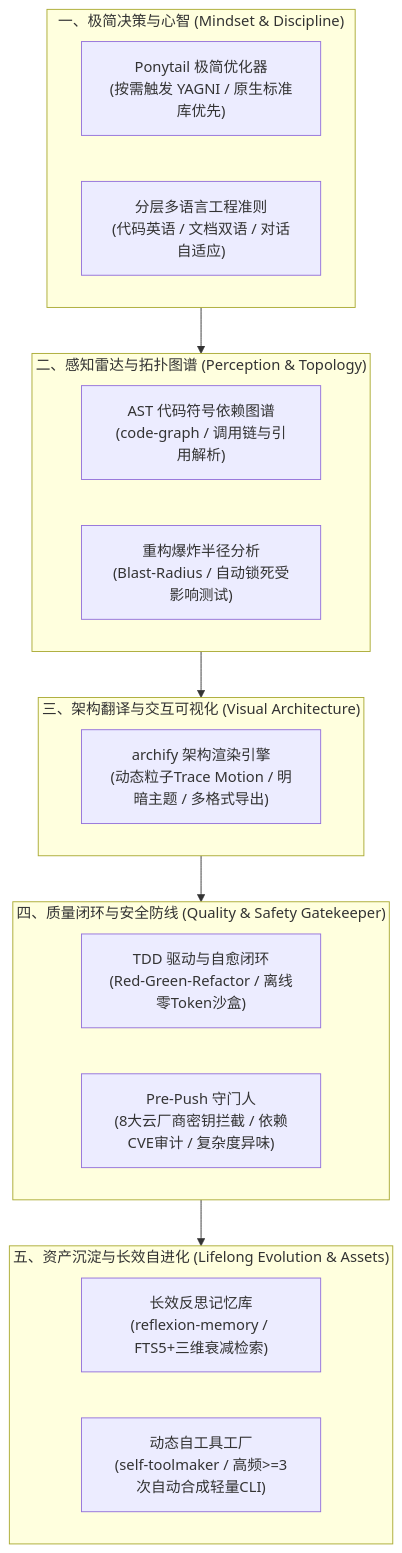
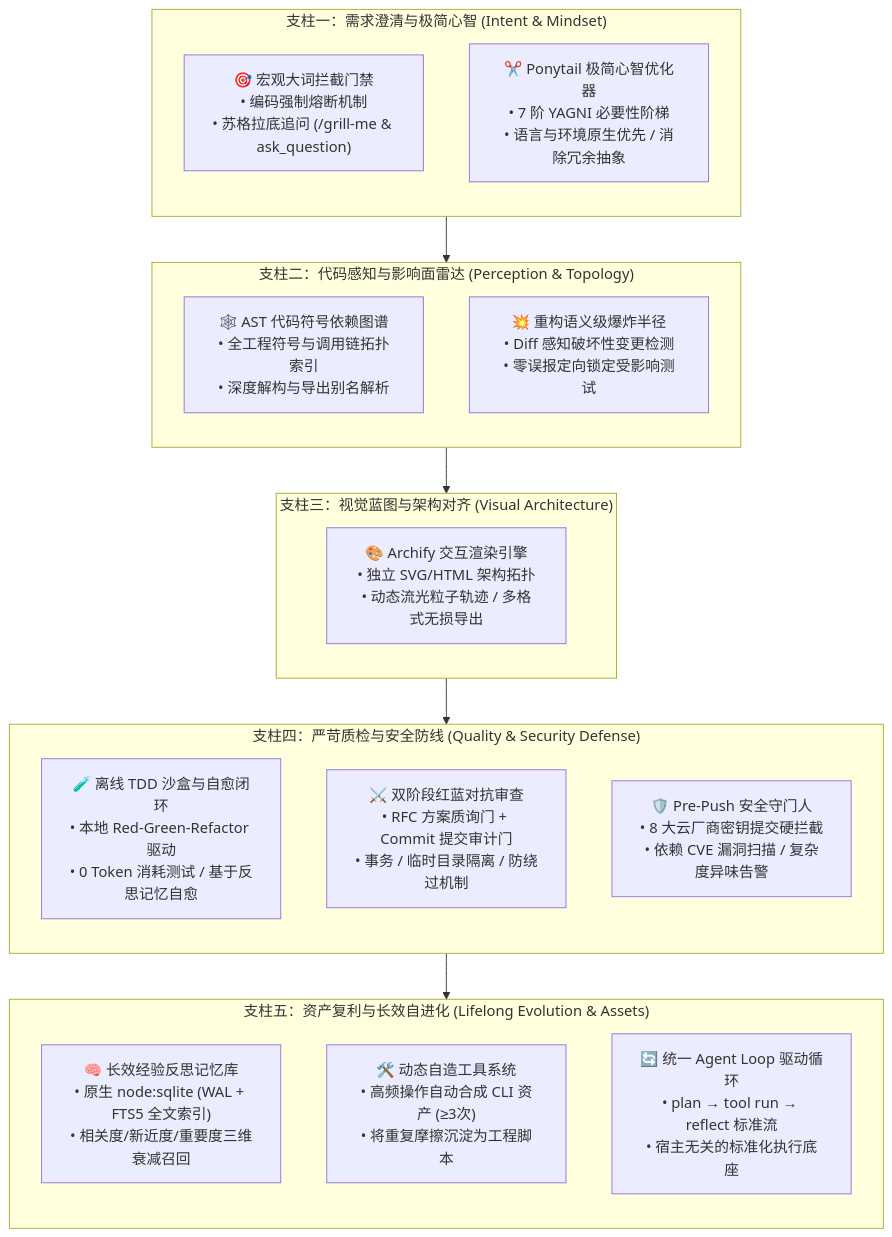
Before and after one commit to kyledeveloper/my-first-ai-agent: the diagram in README.zh-CN.md, drawn with Mermaid. The commit also changed other lines of this file and 1 other file, not shown here.

````diff
--- a/README.zh-CN.md
+++ b/README.zh-CN.md
@@ -35,31 +63,38 @@
 ```mermaid
-flowchart TB
-    subgraph P1["一、极简决策与心智 (Mindset & Discipline)"]
-        PT["Ponytail 极简优化器<br>(按需触发 YAGNI / 原生标准库优先)"]
-        LP["分层多语言工程准则<br>(代码英语 / 文档双语 / 对话自适应)"]
+flowchart TD
+    subgraph P1[" 支柱一：需求澄清与极简心智 (Intent & Mindset) "]
+        direction TB
+        CLARIFY["🎯 宏观大词拦截门禁<br>• 编码强制熔断机制<br>• 苏格拉底追问 (/grill-me & ask_question)"]
+        PONYTAIL["✂️ Ponytail 极简心智优化器<br>• 7 阶 YAGNI 必要性阶梯<br>• 语言与环境原生优先 / 消除冗余抽象"]
     end
 
-    subgraph P2["二、感知雷达与拓扑图谱 (Perception & Topology)"]
-        CG["AST 代码符号依赖图谱<br>(code-graph / 调用链与引用解析)"]
-        BR["重构爆炸半径分析<br>(Blast-Radius / 自动锁死受影响测试)"]
+    subgraph P2[" 支柱二：代码感知与影响面雷达 (Perception & Topology) "]
+        direction TB
+        GRAPH["🕸️ AST 代码符号依赖图谱<br>• 全工程符号与调用链拓扑索引<br>• 深度解构与导出别名解析"]
+        BLAST["💥 重构语义级爆炸半径<br>• Diff 感知破坏性变更检测<br>• 零误报定向锁定受影响测试"]
     end
 
-    subgraph P3["三、架构翻译与交互可视化 (Visual Architecture)"]
-        ARCH["archify 架构渲染引擎<br>(动态粒子Trace Motion / 明暗主题 / 多格式导出)"]
+    subgraph P3[" 支柱三：视觉蓝图与架构对齐 (Visual Architecture) "]
+        direction TB
+        ARCHIFY["🎨 Archify 交互渲染引擎<br>• 独立 SVG/HTML 架构拓扑<br>• 动态流光粒子轨迹 / 多格式无损导出"]
     end
 
-    subgraph P4["四、质量闭环与安全防线 (Quality & Safety Gatekeeper)"]
-        TDD["TDD 驱动与自愈闭环<br>(Red-Green-Refactor / 离线零Token沙盒)"]
-        SEC["Pre-Push 守门人<br>(8大云厂商密钥拦截 / 依赖CVE审计 / 复杂度异味)"]
+    subgraph P4[" 支柱四：严苛质检与安全防线 (Quality & Security Defense) "]
+        direction TB
+        TDD["🧪 离线 TDD 沙盒与自愈闭环<br>• 本地 Red-Green-Refactor 驱动<br>• 0 Token 消耗测试 / 基于反思记忆自愈"]
+        ADVERSARY["⚔️ 双阶段红蓝对抗审查<br>• RFC 方案质询门 + Commit 提交审计门<br>• 事务 / 临时目录隔离 / 防绕过机制"]
+        GATEKEEPER["🛡️ Pre-Push 安全守门人<br>• 8 大云厂商密钥提交硬拦截<br>• 依赖 CVE 漏洞扫描 / 复杂度异味告警"]
     end
 
-    subgraph P5["五、资产沉淀与长效自进化 (Lifelong Evolution & Assets)"]
-        MEM["长效反思记忆库<br>(reflexion-memory / FTS5+三维衰减检索)"]
-        STM["动态自工具工厂<br>(self-toolmaker / 高频>=3次自动合成轻量CLI)"]
+    subgraph P5[" 支柱五：资产复利与长效自进化 (Lifelong Evolution & Assets) "]
+        direction TB
+        MEMORY["🧠 长效经验反思记忆库<br>• 原生 node:sqlite (WAL + FTS5 全文索引)<br>• 相关度/新近度/重要度三维衰减召回"]
+        TOOLMAKER["🛠️ 动态自造工具系统<br>• 高频操作自动合成 CLI 资产 (≥3次)<br>• 将重复摩擦沉淀为工程脚本"]
+        LOOP["🔄 统一 Agent Loop 驱动循环<br>• plan → tool run → reflect 标准流<br>• 宿主无关的标准化执行底座"]
     end
 
     P1 --> P2
     P2 --> P3
     P3 --> P4
     P4 --> P5
 ```
````
